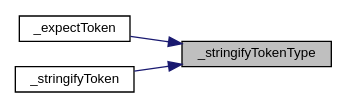
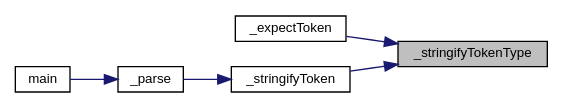
One commit to 4bstr4ct/corth changed the diagram in docs/corthc.org/db/d58/group__TOKEN_ga23aa0bd700069d91d1bbd40f54f3e3f7_icgraph.dot. Above: the diagram before and after it, drawn with Graphviz. The commit also changed 95 other files, not shown here.

Commit message:
Still worknig on a parser - this time to parse main with return 0 and that's it...

```diff
--- a/docs/corthc.org/db/d58/group__TOKEN_ga23aa0bd700069d91d1bbd40f54f3e3f7_icgraph.dot
+++ b/docs/corthc.org/db/d58/group__TOKEN_ga23aa0bd700069d91d1bbd40f54f3e3f7_icgraph.dot
@@ -1,12 +1,16 @@
 digraph "_stringifyTokenType"
 {
  // LATEX_PDF_SIZE
   edge [fontname="Helvetica",fontsize="10",labelfontname="Helvetica",labelfontsize="10"];
   node [fontname="Helvetica",fontsize="10",shape=record];
   rankdir="RL";
   Node1 [label="_stringifyTokenType",height=0.2,width=0.4,color="black", fillcolor="grey75", style="filled", fontcolor="black",tooltip="Stringify token type."];
   Node1 -> Node2 [dir="back",color="midnightblue",fontsize="10",style="solid",fontname="Helvetica"];
-  Node2 [label="_expectToken",height=0.2,width=0.4,color="black", fillcolor="white", style="filled",URL="$de/d57/group__TOKENIZER.html#ga548b0926f18ef581058b61275a96e171",tooltip="Parse the next token and compare to the expected type."];
+  Node2 [label="_expectToken",height=0.2,width=0.4,color="black", fillcolor="white", style="filled",URL="$de/d57/group__TOKENIZER.html#ga91b28d4db5a76458b6960c6c3e3a1c5e",tooltip="Parse the next token and compare to the expected type."];
   Node1 -> Node3 [dir="back",color="midnightblue",fontsize="10",style="solid",fontname="Helvetica"];
   Node3 [label="_stringifyToken",height=0.2,width=0.4,color="black", fillcolor="white", style="filled",URL="$db/d58/group__TOKEN.html#ga64540ed8048da126162d7e49a6fef735",tooltip="Stringify a token with all its fields into a static chars buffer and return a pointer to that buffer'..."];
+  Node3 -> Node4 [dir="back",color="midnightblue",fontsize="10",style="solid",fontname="Helvetica"];
+  Node4 [label="_parse",height=0.2,width=0.4,color="black", fillcolor="white", style="filled",URL="$d2/d72/parser_8c.html#aa13b44093a9b4f501c43f640be3790ec",tooltip=" "];
+  Node4 -> Node5 [dir="back",color="midnightblue",fontsize="10",style="solid",fontname="Helvetica"];
+  Node5 [label="main",height=0.2,width=0.4,color="black", fillcolor="white", style="filled",URL="$d0/d29/main_8c.html#a3c04138a5bfe5d72780bb7e82a18e627",tooltip=" "];
 }
```
